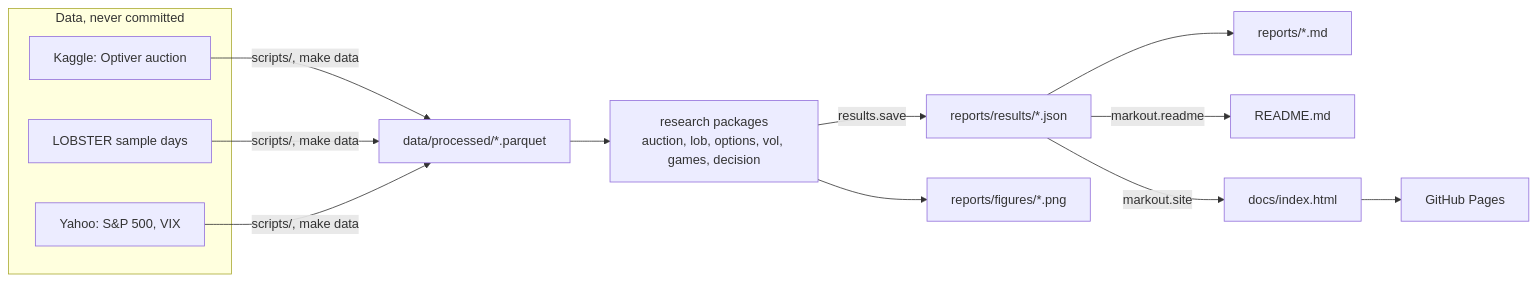
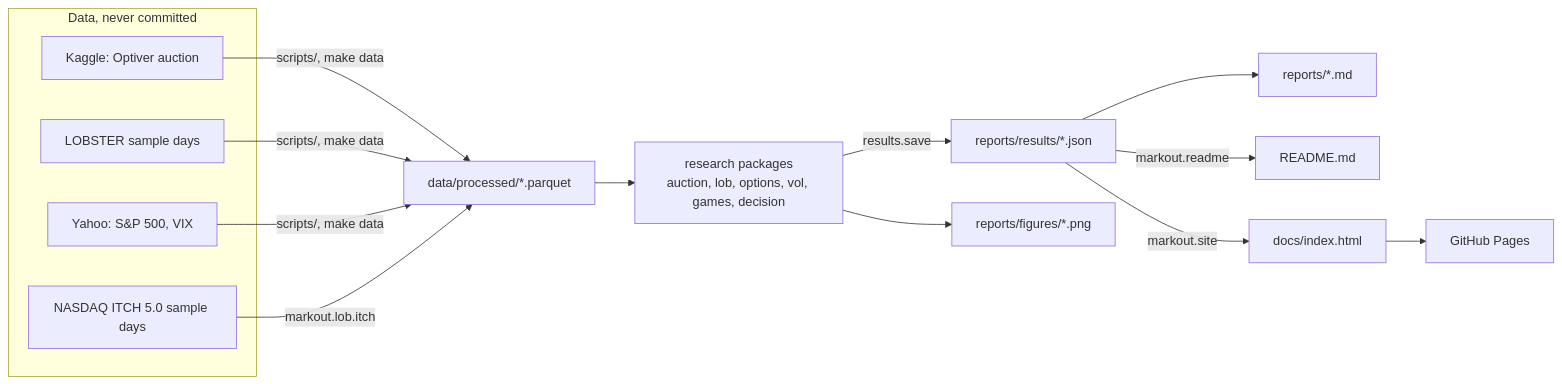
Before and after one commit to tanaymihani/markout: the first of 2 diagrams in ARCHITECTURE.md, drawn with Mermaid. The commit also changed other lines of this file and 39 other files, not shown here.

````diff
--- a/ARCHITECTURE.md
+++ b/ARCHITECTURE.md
@@ -10,16 +10,18 @@
 ```mermaid
 flowchart LR
     subgraph inputs [Data, never committed]
         K[Kaggle: Optiver auction]
         L[LOBSTER sample days]
+        N[NASDAQ ITCH 5.0 sample days]
         Y[Yahoo: S&P 500, VIX]
     end
     K & L & Y -->|scripts/, make data| P[data/processed/*.parquet]
+    N -->|markout.lob.itch| P
     P --> R[research packages<br/>auction, lob, options, vol, games, decision]
     R -->|results.save| J[reports/results/*.json]
     R --> F[reports/figures/*.png]
     J --> M[reports/*.md]
     J -->|markout.readme| RM[README.md]
     J -->|markout.site| S[docs/index.html]
     S --> GH[GitHub Pages]
 ```
````
